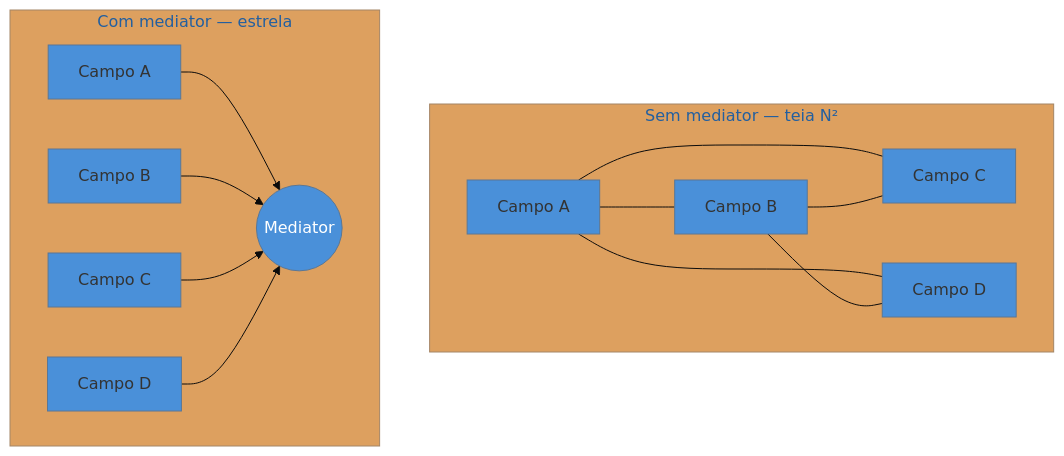
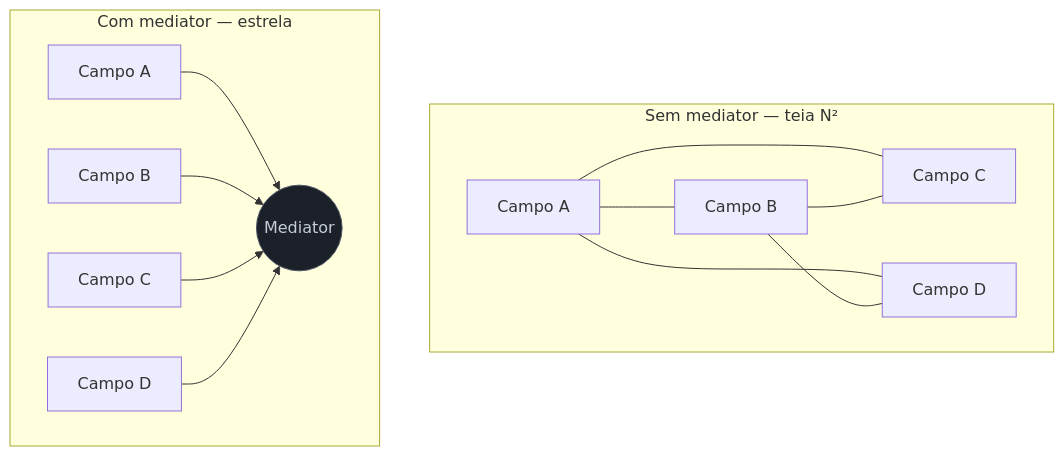
One commit to josenaldo/codex-technomanticus changed the diagram in 03-Dominios/Engenharia/Design de Software/Padrões de Projeto/Clássicos (GoF)/19 - Mediator.md. Above: the diagram before and after it, drawn with Mermaid. The commit also changed 1181 other files, not shown here.

First line of the commit message:
fix(diagramas): paleta do sistema no lugar de cor cravada no markdown

````diff
--- a/03-Dominios/Engenharia/Design de Software/Padrões de Projeto/Clássicos (GoF)/19 - Mediator.md
+++ b/03-Dominios/Engenharia/Design de Software/Padrões de Projeto/Clássicos (GoF)/19 - Mediator.md
@@ -34,20 +34,20 @@
 ```mermaid
-%%{init: {"theme": "base", "themeVariables": {"primaryColor": "#4A90D9"}}}%%
 graph TD
+    classDef neutro fill:#1B2029,stroke:#4E5666,color:#C6CCD8
     subgraph antes["Sem mediator — teia N²"]
         A1[Campo A] --- B1[Campo B]
         A1 --- C1[Campo C]
         B1 --- C1
         A1 --- D1[Campo D]
         B1 --- D1
     end
     subgraph depois["Com mediator — estrela"]
         M((Mediator))
         A2[Campo A] --> M
         B2[Campo B] --> M
         C2[Campo C] --> M
         D2[Campo D] --> M
     end
 
-    style M fill:#4A90D9,color:#fff
+    class M neutro
 ```
````
